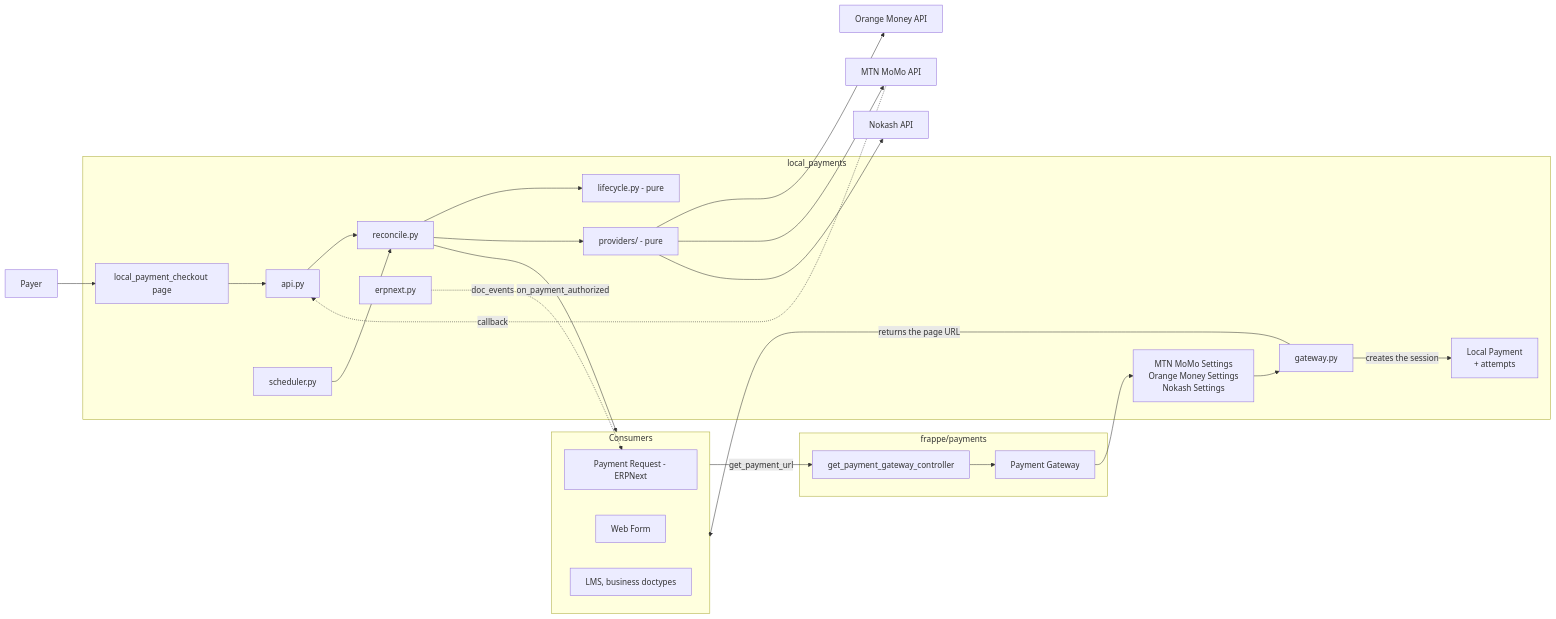
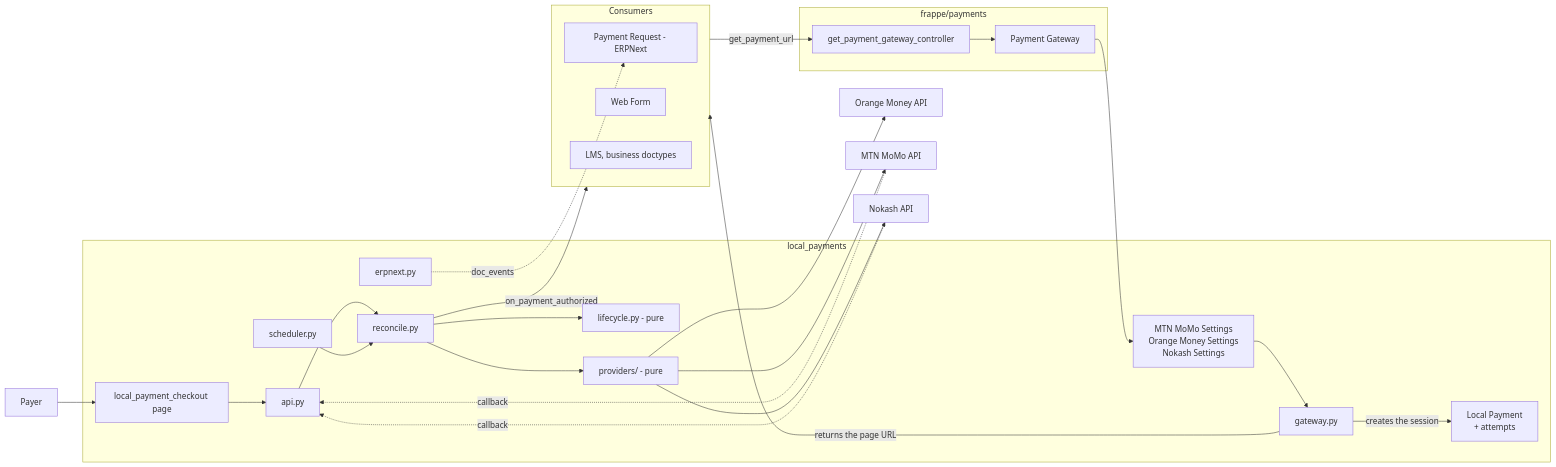
The first of 4 diagrams in docs/ARCHITECTURE.md (skyengpro/local_payments), drawn with Mermaid before and after one commit. The commit also changed other lines of this file and 12 other files, not shown here.

````diff
--- a/docs/ARCHITECTURE.md
+++ b/docs/ARCHITECTURE.md
@@ -60,46 +60,47 @@
 ```mermaid
 flowchart LR
     subgraph CONS["Consumers"]
         PR["Payment Request - ERPNext"]
         WF["Web Form"]
         APP["LMS, business doctypes"]
     end
 
     subgraph FP["frappe/payments"]
         PG["Payment Gateway"]
         CTRL["get_payment_gateway_controller"]
     end
 
     subgraph LP["local_payments"]
         SET["MTN MoMo Settings<br/>Orange Money Settings<br/>Nokash Settings"]
         GW["gateway.py"]
         LPAY["Local Payment<br/>+ attempts"]
         PAGE["local_payment_checkout page"]
         API["api.py"]
         REC["reconcile.py"]
         LC["lifecycle.py - pure"]
         PROV["providers/ - pure"]
         SCH["scheduler.py"]
         BR["erpnext.py"]
     end
 
     OM["Orange Money API"]
     MTN["MTN MoMo API"]
     NK["Nokash API"]
     PAYER["Payer"]
 
     CONS -- "get_payment_url" --> CTRL --> PG --> SET --> GW
     GW -- "creates the session" --> LPAY
     GW -- "returns the page URL" --> CONS
     PAYER --> PAGE --> API
     MTN -. "callback" .-> API
+    NK -. "callback" .-> API
     API --> REC
     SCH --> REC
     REC --> LC
     REC --> PROV
     PROV --> OM
     PROV --> MTN
     PROV --> NK
     REC -- "on_payment_authorized" --> CONS
     BR -. "doc_events" .-> PR
 ```
````
